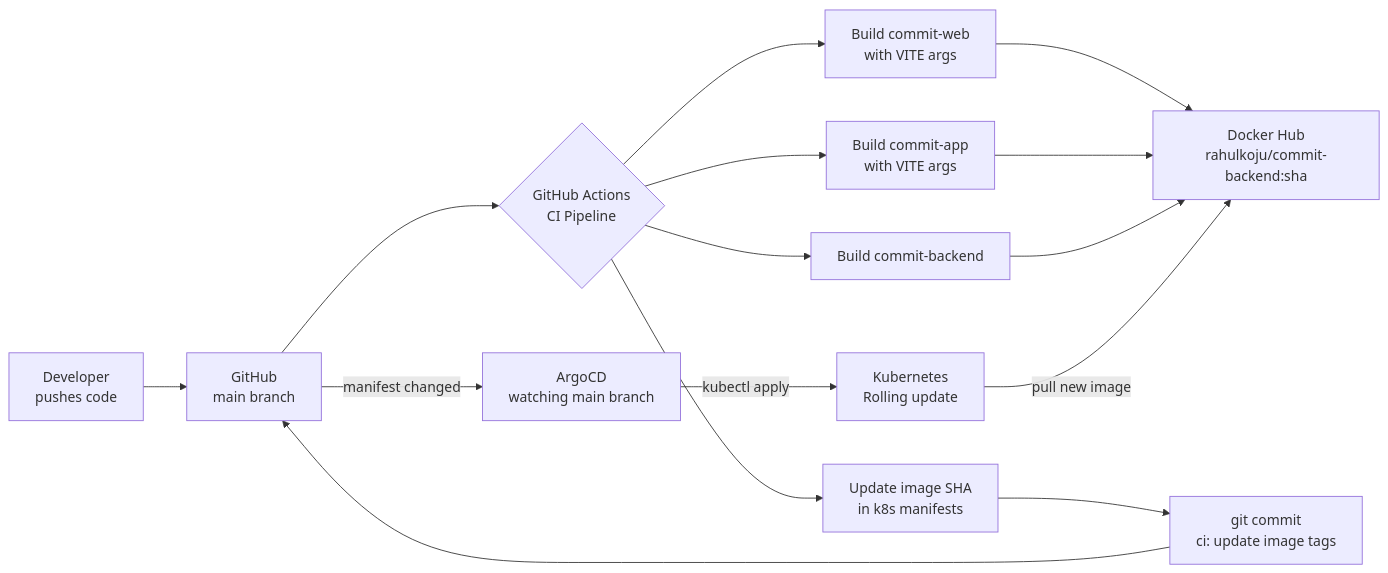
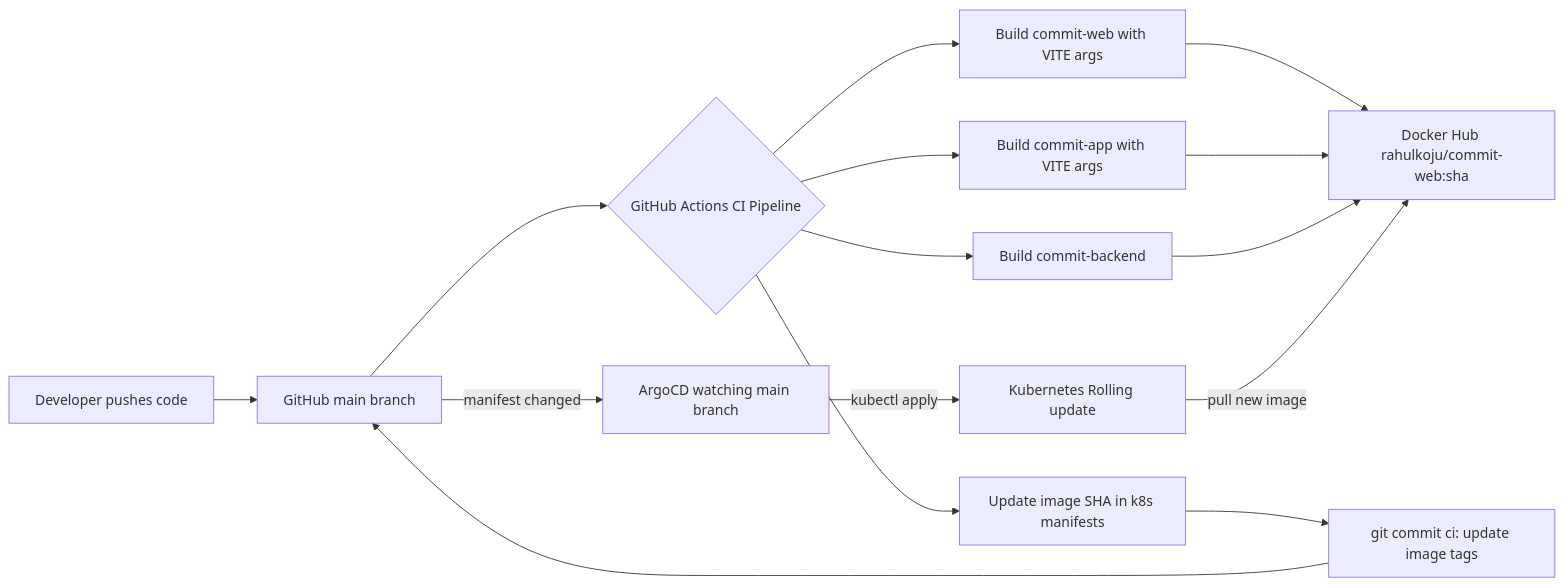
The fifth of 7 diagrams in docs/operations/infrastructure.md (RahulKoju/commit), drawn with Mermaid before and after one commit. The commit also changed other lines of this file and 1 other file, not shown here.

Commit message:
chore(docs): include promtail install step and fix mermaid errors

````diff
--- a/docs/operations/infrastructure.md
+++ b/docs/operations/infrastructure.md
@@ -176,22 +176,22 @@
 ```mermaid
 flowchart LR
-    DEV[Developer\npushes code] --> GH[GitHub\nmain branch]
+    DEV[Developer pushes code] --> GH[GitHub main branch]
 
-    GH --> GHA{GitHub Actions\nCI Pipeline}
+    GH --> GHA{GitHub Actions CI Pipeline}
 
-    GHA --> B1[Build commit-web\nwith VITE args]
-    GHA --> B2[Build commit-app\nwith VITE args]
+    GHA --> B1[Build commit-web with VITE args]
+    GHA --> B2[Build commit-app with VITE args]
     GHA --> B3[Build commit-backend]
 
-    B1 --> DH[Docker Hub\nrahulkoju/commit-web:sha]
-    B2 --> DH[Docker Hub\nrahulkoju/commit-app:sha]
-    B3 --> DH[Docker Hub\nrahulkoju/commit-backend:sha]
+    B1 --> DH[Docker Hub rahulkoju/commit-web:sha]
+    B2 --> DH
+    B3 --> DH
 
-    GHA --> UP[Update image SHA\nin k8s manifests]
-    UP --> COMMIT[git commit\nci: update image tags]
+    GHA --> UP[Update image SHA in k8s manifests]
+    UP --> COMMIT[git commit ci: update image tags]
     COMMIT --> GH
 
-    GH -->|manifest changed| ACD[ArgoCD\nwatching main branch]
-    ACD -->|kubectl apply| K8S[Kubernetes\nRolling update]
+    GH -->|manifest changed| ACD[ArgoCD watching main branch]
+    ACD -->|kubectl apply| K8S[Kubernetes Rolling update]
     K8S -->|pull new image| DH
 ```
````
